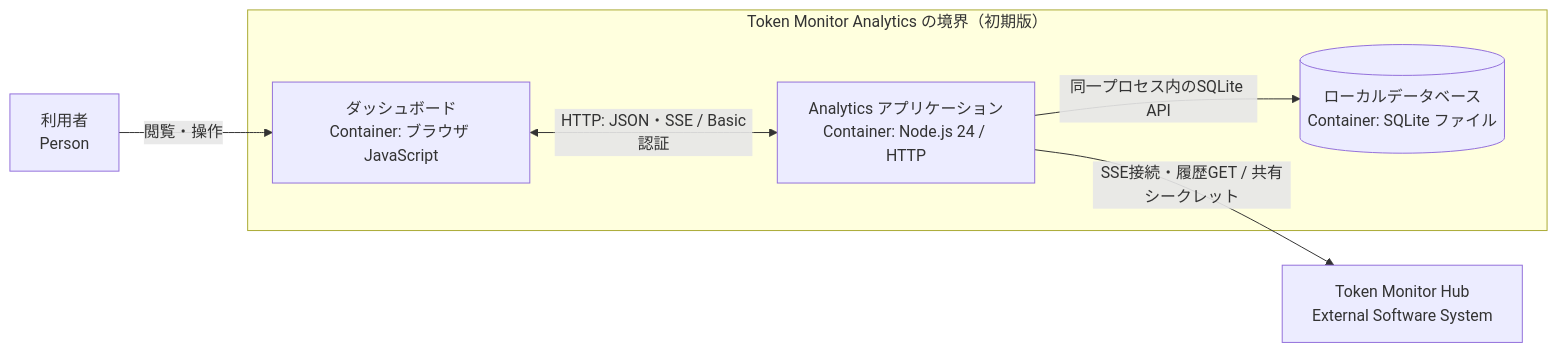
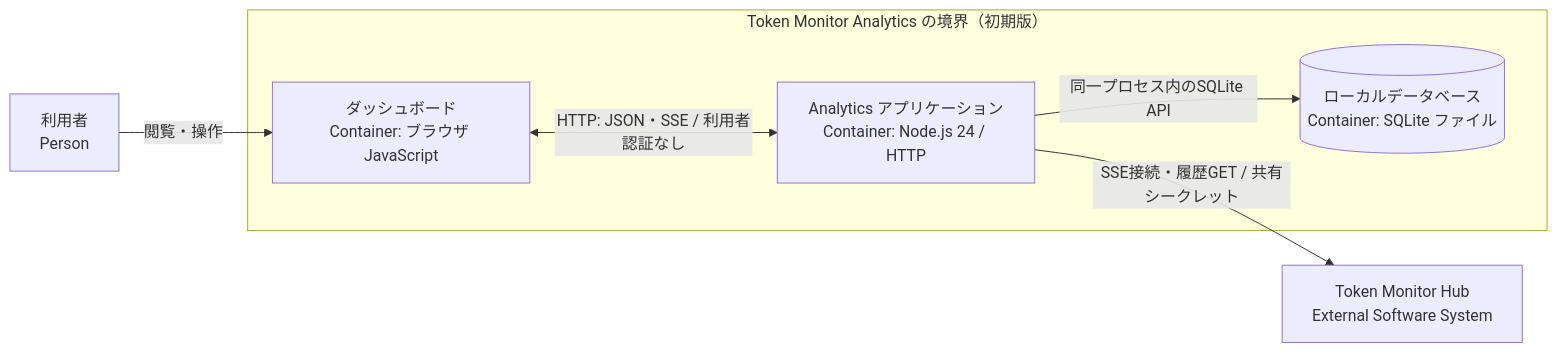
One commit to nuitsjp/token-monitor-analytics changed the second of 4 diagrams in docs/architecture.md. Above: the diagram before and after it, drawn with Mermaid. The commit also changed other lines of this file and 15 other files, not shown here.

````diff
--- a/docs/architecture.md
+++ b/docs/architecture.md
@@ -45,14 +45,14 @@
 ```mermaid
 flowchart LR
     User["利用者<br/>Person"]
     Hub["Token Monitor Hub<br/>External Software System"]
     subgraph System["Token Monitor Analytics の境界（初期版）"]
         Browser["ダッシュボード<br/>Container: ブラウザ JavaScript"]
         App["Analytics アプリケーション<br/>Container: Node.js 24 / HTTP"]
         DB[("ローカルデータベース<br/>Container: SQLite ファイル")]
     end
     User -->|閲覧・操作| Browser
-    Browser <-->|HTTP: JSON・SSE / Basic認証| App
+    Browser <-->|HTTP: JSON・SSE / 利用者認証なし| App
     App -->|SSE接続・履歴GET / 共有シークレット| Hub
     App -->|同一プロセス内のSQLite API| DB
 ```
````
